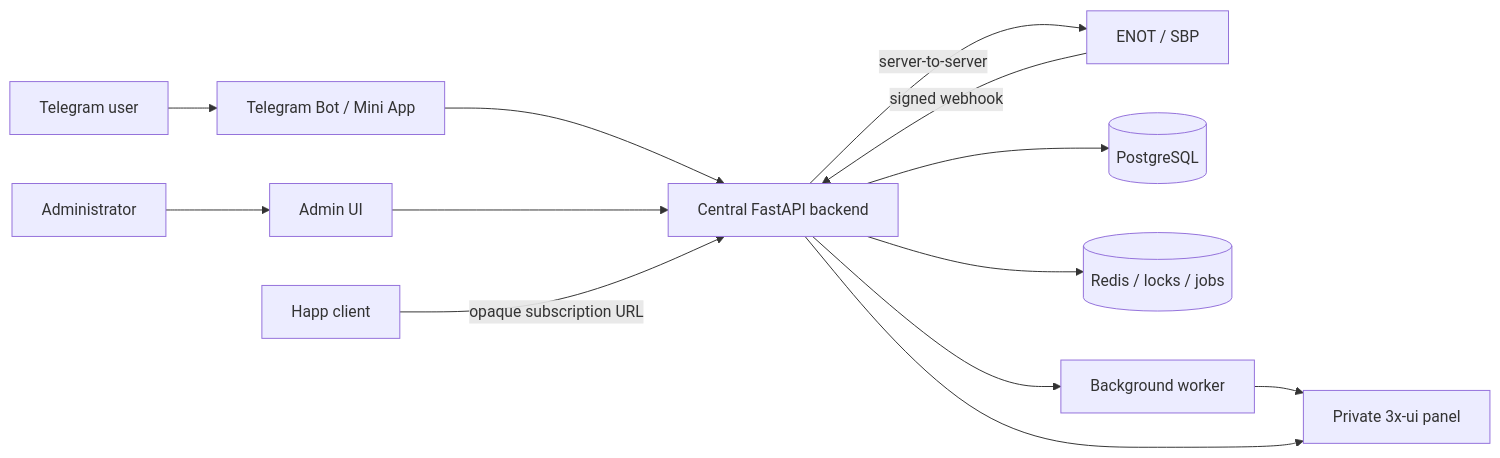
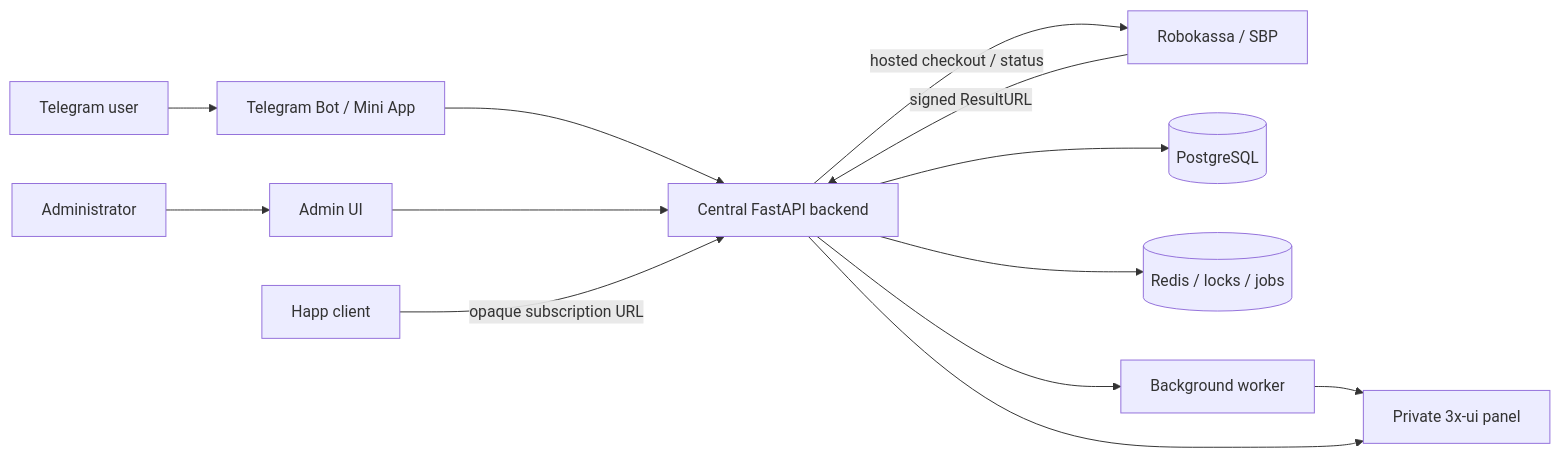
Before and after one commit to gansger/agentvpn: the diagram in docs/architecture.md, drawn with Mermaid. The commit also changed other lines of this file and 36 other files, not shown here.

````diff
--- a/docs/architecture.md
+++ b/docs/architecture.md
@@ -16,15 +16,15 @@
 ```mermaid
 flowchart LR
     User["Telegram user"] --> Telegram["Telegram Bot / Mini App"]
     Admin["Administrator"] --> AdminUI["Admin UI"]
     Telegram --> API["Central FastAPI backend"]
     AdminUI --> API
-    ENOT["ENOT / SBP"] -->|"signed webhook"| API
-    API -->|"server-to-server"| ENOT
+    Robokassa["Robokassa / SBP"] -->|"signed ResultURL"| API
+    API -->|"hosted checkout / status"| Robokassa
     API --> DB[("PostgreSQL")]
     API --> Redis[("Redis / locks / jobs")]
     API --> Worker["Background worker"]
     Worker --> XUI["Private 3x-ui panel"]
     API --> XUI
     Happ["Happ client"] -->|"opaque subscription URL"| API
 ```
````
